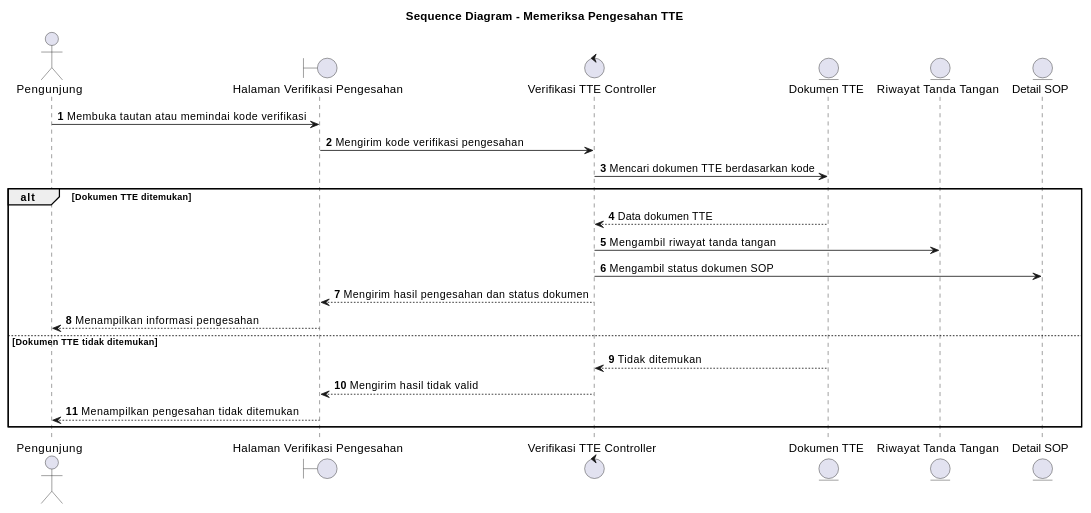
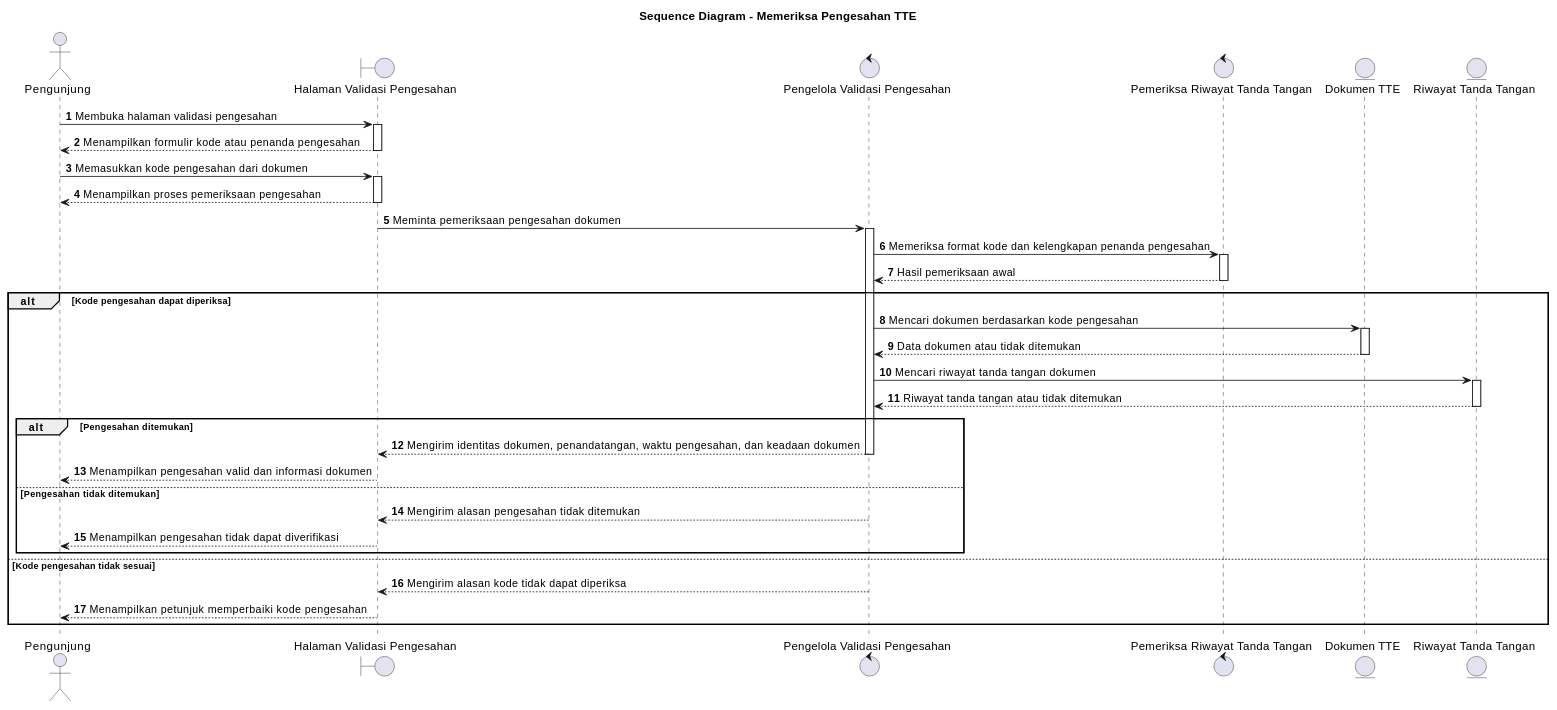
One commit to howlil/sop-generate-app changed the diagram in docs/sequence/lampiran/pengunjung-memeriksa-pengesahan-tte.md. Above: the diagram before and after it, drawn with PlantUML. The commit also changed other lines of this file and 90 other files, not shown here.

````diff
--- a/docs/sequence/lampiran/pengunjung-memeriksa-pengesahan-tte.md
+++ b/docs/sequence/lampiran/pengunjung-memeriksa-pengesahan-tte.md
@@ -16,30 +16,39 @@
 ```plantuml
 @startuml
 title Sequence Diagram - Memeriksa Pengesahan TTE
 autonumber
+autoactivate on
 
-actor "Pengunjung" as Aktor
-boundary "Halaman Verifikasi Pengesahan" as UI
-control "Verifikasi TTE Controller" as VerifCtrl
+actor "Pengunjung" as A
+boundary "Halaman Validasi Pengesahan" as B
+control "Pengelola Validasi Pengesahan" as C
+control "Pemeriksa Riwayat Tanda Tangan" as D
 entity "Dokumen TTE" as DokumenTTE
-entity "Riwayat Tanda Tangan" as Riwayat
-entity "Detail SOP" as Detail
+entity "Riwayat Tanda Tangan" as RiwayatTandaTangan
 
-Aktor -> UI : Membuka tautan atau memindai kode verifikasi
-UI -> VerifCtrl : Mengirim kode verifikasi pengesahan
-VerifCtrl -> DokumenTTE : Mencari dokumen TTE berdasarkan kode
-
-alt Dokumen TTE ditemukan
-  DokumenTTE --> VerifCtrl : Data dokumen TTE
-  VerifCtrl -> Riwayat : Mengambil riwayat tanda tangan
-  VerifCtrl -> Detail : Mengambil status dokumen SOP
-  VerifCtrl --> UI : Mengirim hasil pengesahan dan status dokumen
-  UI --> Aktor : Menampilkan informasi pengesahan
-else Dokumen TTE tidak ditemukan
-  DokumenTTE --> VerifCtrl : Tidak ditemukan
-  VerifCtrl --> UI : Mengirim hasil tidak valid
-  UI --> Aktor : Menampilkan pengesahan tidak ditemukan
+A -> B : Membuka halaman validasi pengesahan
+B --> A : Menampilkan formulir kode atau penanda pengesahan
+A -> B : Memasukkan kode pengesahan dari dokumen
+B --> A : Menampilkan proses pemeriksaan pengesahan
+B -> C : Meminta pemeriksaan pengesahan dokumen
+C -> D : Memeriksa format kode dan kelengkapan penanda pengesahan
+D --> C : Hasil pemeriksaan awal
+alt Kode pengesahan dapat diperiksa
+  C -> DokumenTTE : Mencari dokumen berdasarkan kode pengesahan
+  DokumenTTE --> C : Data dokumen atau tidak ditemukan
+  C -> RiwayatTandaTangan : Mencari riwayat tanda tangan dokumen
+  RiwayatTandaTangan --> C : Riwayat tanda tangan atau tidak ditemukan
+  alt Pengesahan ditemukan
+    C --> B : Mengirim identitas dokumen, penandatangan, waktu pengesahan, dan keadaan dokumen
+    B --> A : Menampilkan pengesahan valid dan informasi dokumen
+  else Pengesahan tidak ditemukan
+    C --> B : Mengirim alasan pengesahan tidak ditemukan
+    B --> A : Menampilkan pengesahan tidak dapat diverifikasi
+  end
+else Kode pengesahan tidak sesuai
+  C --> B : Mengirim alasan kode tidak dapat diperiksa
+  B --> A : Menampilkan petunjuk memperbaiki kode pengesahan
 end
 
 @enduml
 ```
````
